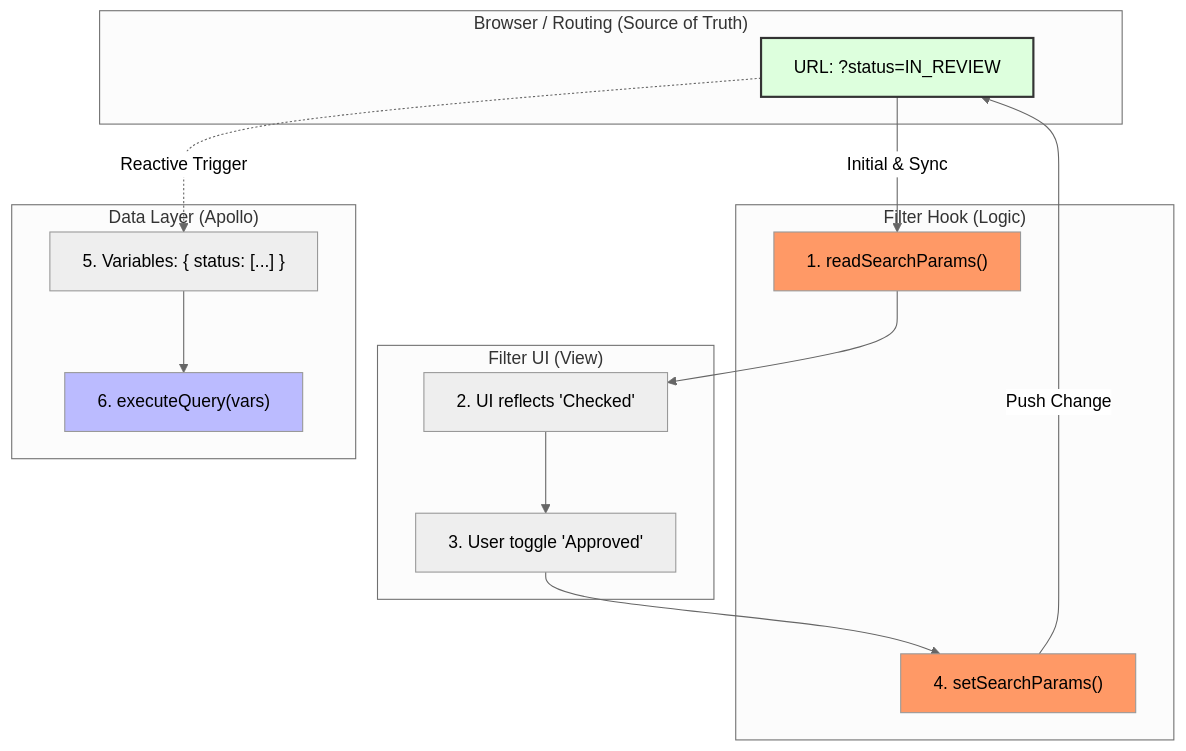
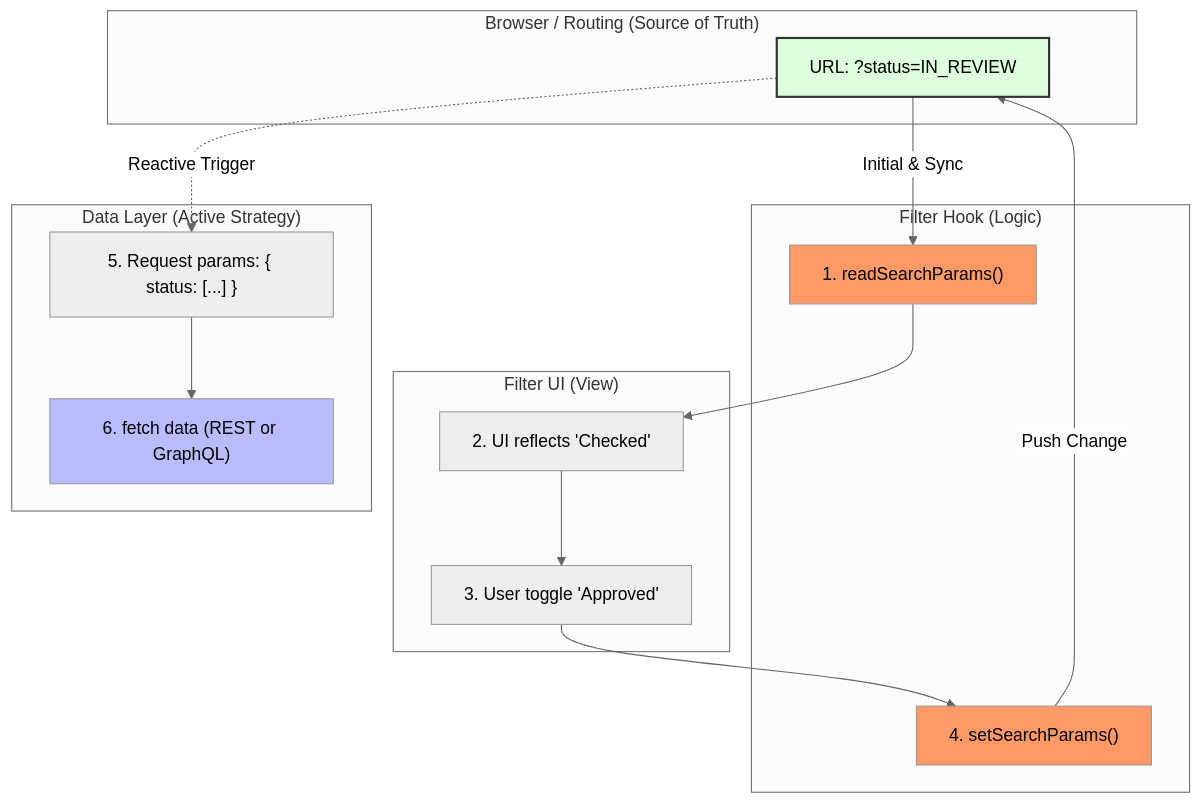
One commit to campalot/resolve-demo changed the second of 3 diagrams in ARCHITECTURE.md. Above: the diagram before and after it, drawn with Mermaid. The commit also changed other lines of this file and 2 other files, not shown here.

First line of the commit message:
update the documentation to reflect these major architectural changes

````diff
--- a/ARCHITECTURE.md
+++ b/ARCHITECTURE.md
@@ -261,38 +469,38 @@
 ```mermaid
 %%{init: {'theme': 'neutral', 'themeVariables': { 'primaryColor': '#f96'}}}%%
 graph TD
     subgraph Browser ["Browser / Routing (Source of Truth)"]
         URL["URL: ?status=IN_REVIEW"]
     end
 
     subgraph Hook ["Filter Hook (Logic)"]
         Read["1. readSearchParams()"]
         Write["4. setSearchParams()"]
     end
 
     subgraph UI ["Filter UI (View)"]
         Check["2. UI reflects 'Checked'"]
         Click["3. User toggle 'Approved'"]
         Check --> Click
     end
 
-    subgraph Data ["Data Layer (Apollo)"]
-        Vars["5. Variables: { status: [...] }"]
-        Query["6. executeQuery(vars)"]
+    subgraph Data ["Data Layer (Active Strategy)"]
+        Vars["5. Request params: { status: [...] }"]
+        Query["6. fetch data (REST or GraphQL)"]
     end
 
     %% The Circular Flow
     URL -->|Initial & Sync| Read
     Read --> Check
     Click --> Write
     Write -->|Push Change| URL
     
     %% The Data Side-Effect
     URL -.->|Reactive Trigger| Vars
     Vars --> Query
 
     style URL fill:#dfd,stroke:#333,stroke-width:2px
     style Read fill:#f96
     style Write fill:#f96
     style Query fill:#bbf
 ```
````
